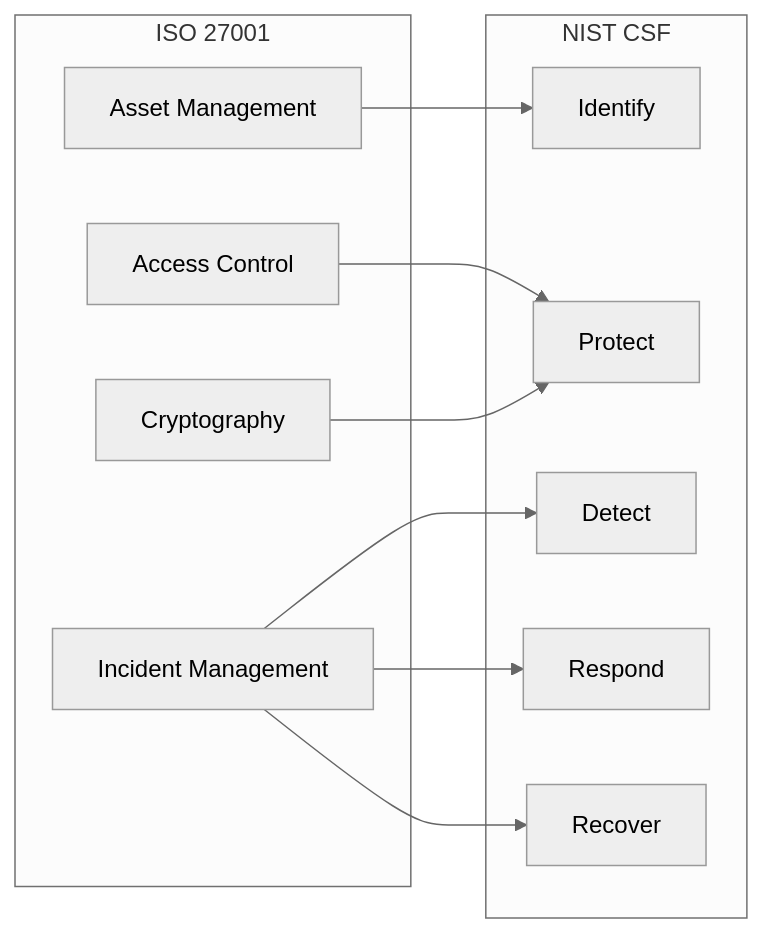
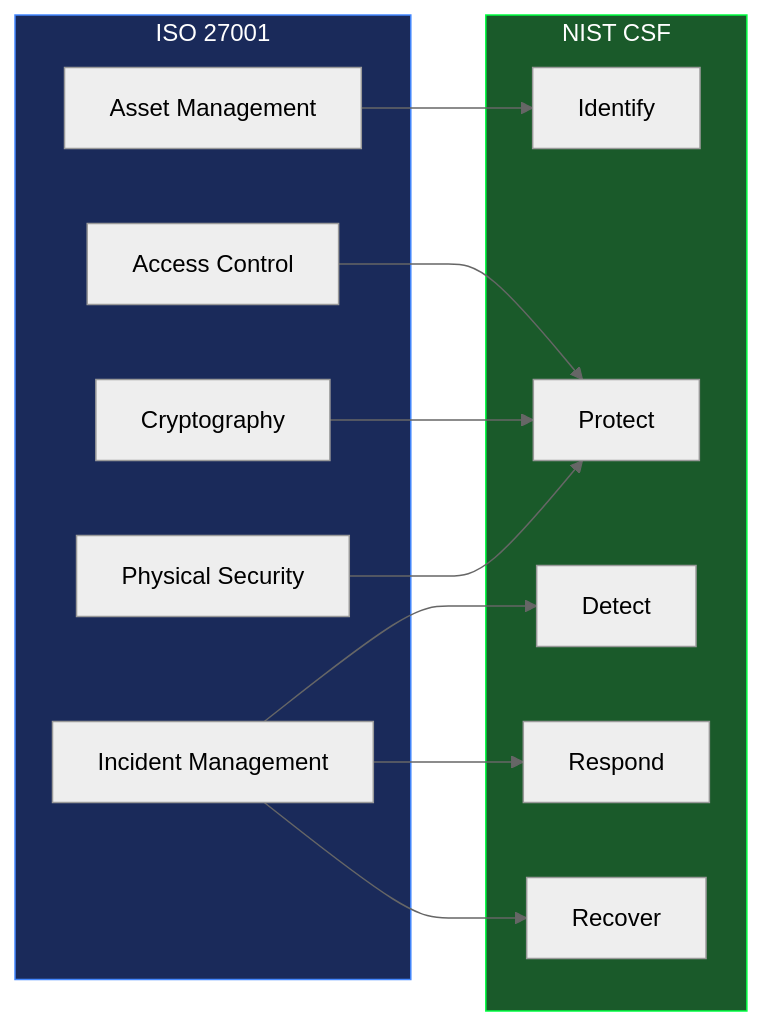
The fifth of 7 diagrams in README.md (Speed-boo3/grc-project), drawn with Mermaid (neutral theme) before and after one commit. The commit also changed other lines of this file, not shown here.

Commit message:
Major README update: educational GRC guide with animations and diagrams

````diff
--- a/README.md
+++ b/README.md
@@ -159,22 +225,28 @@
 ```mermaid
 flowchart LR
     subgraph ISO[ISO 27001]
         A[Access Control]
         B[Asset Management]
         C[Incident Management]
         D[Cryptography]
+        E[Physical Security]
     end
     subgraph NIST[NIST CSF]
-        E[Identify]
-        F[Protect]
-        G[Detect]
-        H[Respond]
-        I[Recover]
+        F[Identify]
+        G[Protect]
+        H[Detect]
+        I[Respond]
+        J[Recover]
     end
-    A --> F
-    B --> E
-    C --> G
+
+    A --> G
+    B --> F
     C --> H
     C --> I
-    D --> F
+    C --> J
+    D --> G
+    E --> G
+
+    style ISO fill:#1a2a5a,stroke:#4488ff,color:#ffffff
+    style NIST fill:#1a5a2a,stroke:#00ff41,color:#ffffff
 ```
````
